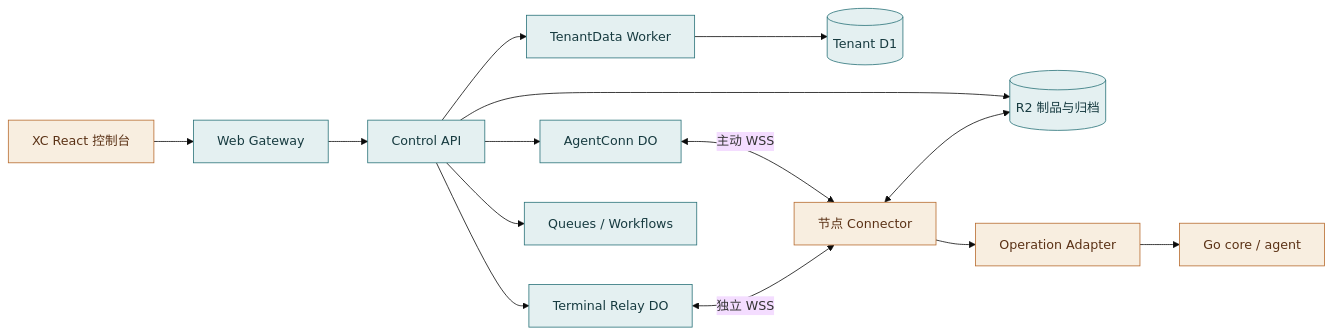
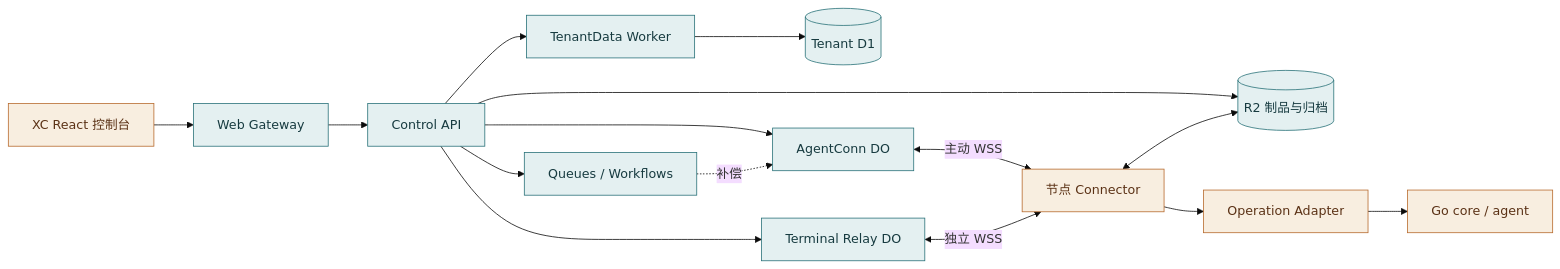
One commit to XCAngelWatch/AngelFleetPRD changed the first of 14 diagrams in docs/technical-plan.md. Above: the diagram before and after it, drawn with Mermaid (base theme). The commit also changed other lines of this file and 12 other files, not shown here.

````diff
--- a/docs/technical-plan.md
+++ b/docs/technical-plan.md
@@ -23,20 +18,21 @@
 ```mermaid
 flowchart LR
     U[XC React 控制台] --> G[Web Gateway]
     G --> A[Control API]
     A --> T[TenantData Worker]
     T --> D[(Tenant D1)]
     A --> N[AgentConn DO]
     A --> R[Terminal Relay DO]
     A --> Q[Queues / Workflows]
+    Q -.补偿.-> N
     A --> O[(R2 制品与归档)]
     N <-->|主动 WSS| C[节点 Connector]
     R <-->|独立 WSS| C
     C --> X[Operation Adapter]
     X --> H[Go core / agent]
     C <--> O
     classDef cloud fill:#e4f0f1,stroke:#287178,color:#173b40
     classDef node fill:#f8eee0,stroke:#b76a2d,color:#5b3216
     class G,A,T,D,N,R,Q,O cloud
     class C,X,H node
 ```
````
